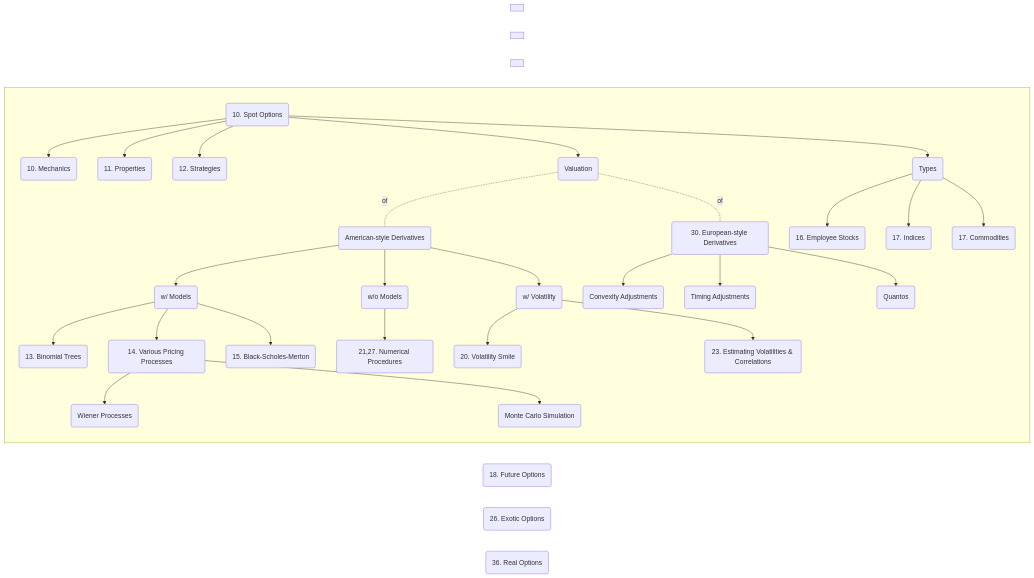
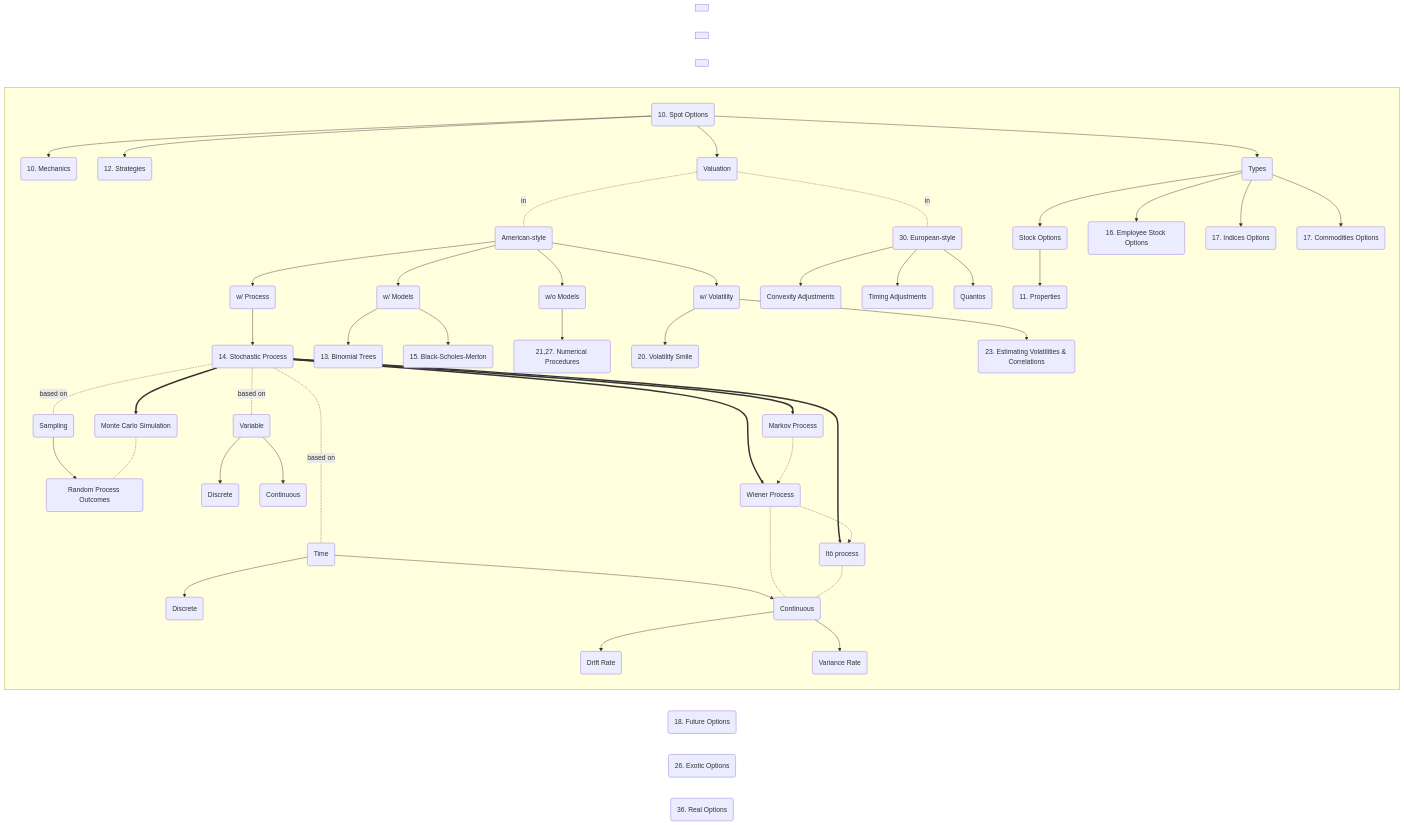
Before and after one commit to govindthange/notes: the third of 5 diagrams in moc/1_OptionsFuturesAndOtherDerivatives_SankarshanBasu_JohnHull_ed10_2018.md, drawn with Mermaid. The commit also changed other lines of this file, not shown here.

Commit message:
Relinked valuation process of derivatives

````diff
--- a/moc/1_OptionsFuturesAndOtherDerivatives_SankarshanBasu_JohnHull_ed10_2018.md
+++ b/moc/1_OptionsFuturesAndOtherDerivatives_SankarshanBasu_JohnHull_ed10_2018.md
@@ -83,42 +76,61 @@
 ```mermaid
 graph LR;
 	so(10. Spot Options)
 	subgraph " "
 		so-->so_me(10. Mechanics)
-		so-->so_p(11. Properties)
 		so-->so_s(12. Strategies)
 		so-->so_v(Valuation)
-		so_v-.-|of|sov_ad(American-style Derivatives)
+		so_v-.-|in|sov_ad(American-style)
+			sov_ad-->sovad_wp(w/ Process)
+				sovad_wp-->sovadwp_s(14. Stochastic Process)
+					sovadwp_s-.-|based on|sovadwps_s(Sampling)
+						sovadwps_s-->sovadwpss_rpo(Random Process Outcomes)
+					sovadwp_s-.-|based on|sovadwps_t(Time)
+						sovadwps_t-->sovadwpst_d(Discrete)
+						sovadwps_t-->sovadwpst_c(Continuous)
+							sovadwpst_c-->sovadwpstc_dr(Drift Rate)
+							sovadwpst_c-->sovadwpstc_vr(Variance Rate)
+					sovadwp_s-.-|based on|sovadwps_v(Variable)
+						sovadwps_v-->sovadwpsv_d(Discrete)
+						sovadwps_v-->sovadwpsv_c(Continuous)
+					sovadwp_s==>sovadwp_mp(Markov Process)
+					sovadwp_s==>sovadwp_wp(Wiener Process)
+					sovadwp_mp-.->sovadwp_wp
+					sovadwp_wp-.-sovadwpst_c
+					sovadwp_s==>sovadwp_ip(Itô process)
+					sovadwp_wp-.->sovadwp_ip
+					sovadwp_ip-.-sovadwpst_c
+					sovadwp_s==>sovadwp_mcs(Monte Carlo Simulation)
+					sovadwp_mcs-.-sovadwpss_rpo
 			sov_ad-->sov_wtm(w/ Models)
 				sov_wtm-->sovwtm_bt(13. Binomial Trees)
-				sov_wtm-->sovwtm_pp(14. Various Pricing Processes)
-					sovwtm_pp-->sovwtm_wp(Wiener Processes)
-					sovwtm_pp-->sovwtm_mcs(Monte Carlo Simulation)
 				sov_wtm-->sovwtm_bsm(15. Black-Scholes-Merton)
 			sov_ad-->sov_wom(w/o Models)
 				sov_wom-->sovwom_bnp(21,27. Numerical Procedures)
 			sov_ad-->sovad_v(w/ Volatility)
 				sovad_v-->sovadv_vs(20. Volatility Smile)
 				sovad_v-->sovadv_ev(23. Estimating Volatilities & Correlations)
-		so_v-.-|of|sov_ed(30. European-style Derivatives)
+		so_v-.-|in|sov_ed(30. European-style)
 			sov_ed-->soved_ca(Convexity Adjustments)
 			sov_ed-->soved_ta(Timing Adjustments)
 			sov_ed-->soved_q(Quantos)
 		so-->so_t(Types)
-		so_t-->sot_es(16. Employee Stocks)
-		so_t-->sot_i(17. Indices)
-		so_t-->sot_c(17. Commodities)
+		so_t-->sot_so(Stock Options)
+			sot_so-->sotso_p(11. Properties)
+		so_t-->sot_es(16. Employee Stock Options)
+		so_t-->sot_i(17. Indices Options)
+		so_t-->sot_c(17. Commodities Options)
     end
 	
 	fo(18. Future Options)
 	subgraph " "
     end
 	
 	eo(26. Exotic Options)
 	subgraph " "
     end
 	
 	ro(36. Real Options)
 	subgraph " "
     end
 ```
````
